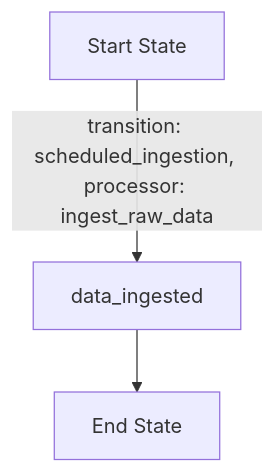
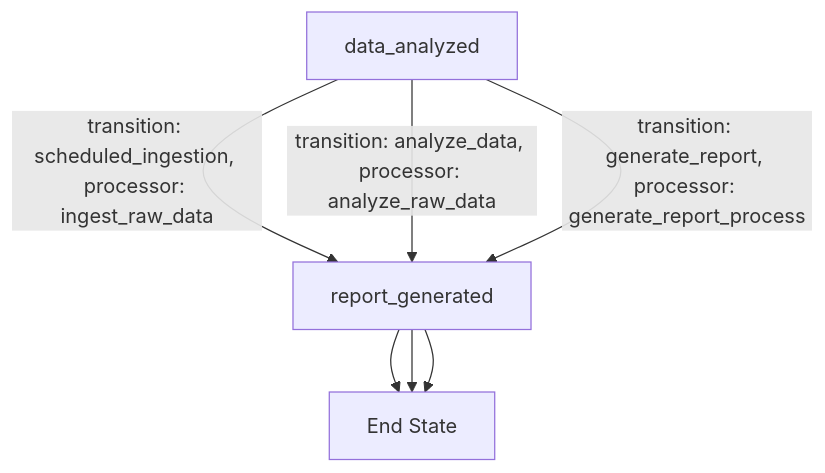
Before and after one commit to Ksenniya/quart-client-template: the diagram in entity/app_design_prd.md, drawn with Mermaid. The commit also changed other lines of this file, not shown here.

````diff
--- a/entity/app_design_prd.md
+++ b/entity/app_design_prd.md
@@ -34,5 +33,11 @@
 ```mermaid
 flowchart TD
     A[Start State] -->|transition: scheduled_ingestion, processor: ingest_raw_data| B[data_ingested]
     B --> D[End State]
+
+    A[data_ingested] -->|transition: analyze_data, processor: analyze_raw_data| B[data_analyzed]
+    B --> D[End State]
+
+    A[data_analyzed] -->|transition: generate_report, processor: generate_report_process| B[report_generated]
+    B --> D[End State]
 ```
````
